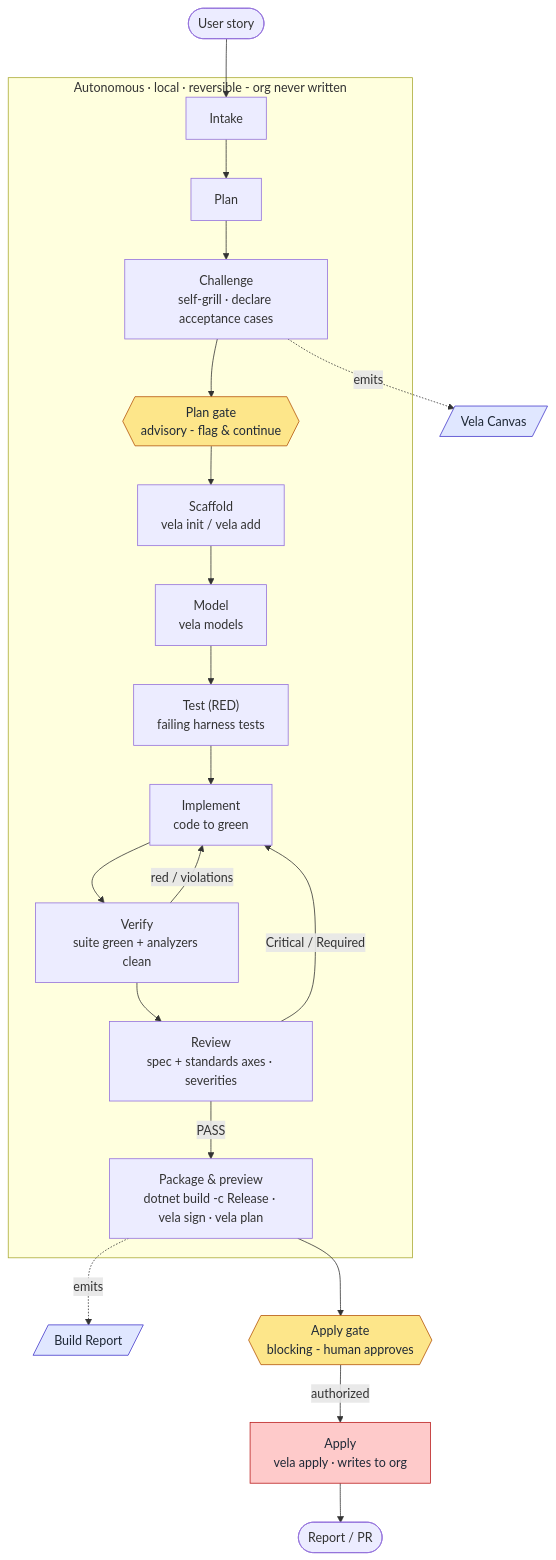
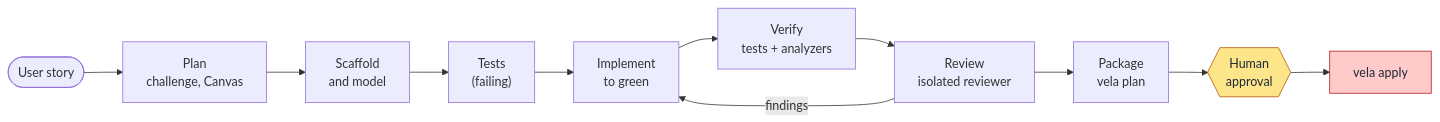
One commit to allandecastro/vela-agentic changed the diagram in README.md. Above: the diagram before and after it, drawn with Mermaid. The commit also changed other lines of this file and 1 other file, not shown here.

````diff
--- a/README.md
+++ b/README.md
@@ -58,42 +100,18 @@
 ```mermaid
-flowchart TD
-    US([User story]) --> I[Intake]
-    I --> P[Plan]
-    P --> C["Challenge<br/>self-grill · declare acceptance cases"]
-    C -. emits .-> PA[/"Vela Canvas"/]
-    C --> G1{{"Plan gate<br/>advisory - flag &amp; continue"}}
-    G1 --> S["Scaffold<br/>vela init / vela add"]
-    S --> M["Model<br/>vela models"]
-    M --> T["Test (RED)<br/>failing harness tests"]
-    T --> IM["Implement<br/>code to green"]
-    IM --> V["Verify<br/>suite green + analyzers clean"]
-    V -->|red / violations| IM
-    V --> RV["Review<br/>spec + standards axes · severities"]
-    RV -->|Critical / Required| IM
-    PV -. emits .-> BR[/"Build Report"/]
-    RV -->|PASS| PV["Package &amp; preview<br/>dotnet build -c Release · vela sign · vela plan"]
-    PV --> G2{{"Apply gate<br/>blocking - human approves"}}
-    G2 -->|authorized| AP["Apply<br/>vela apply · writes to org"]
-    AP --> R([Report / PR])
-
-    subgraph LOCAL ["Autonomous · local · reversible - org never written"]
-        I
-        P
-        C
-        G1
-        S
-        M
-        T
-        IM
-        V
-        RV
-        PV
-    end
+flowchart LR
+    US([User story]) --> PL["Plan<br/>challenge, Canvas"]
+    PL --> SC["Scaffold<br/>and model"]
+    SC --> RED["Tests<br/>(failing)"]
+    RED --> IM["Implement<br/>to green"]
+    IM --> VR["Verify<br/>tests + analyzers"]
+    VR --> RV["Review<br/>isolated reviewer"]
+    RV -->|findings| IM
+    RV --> PV["Package<br/>vela plan"]
+    PV --> GATE{{"Human<br/>approval"}}
+    GATE --> AP["vela apply"]
 
     classDef gate fill:#fde68a,stroke:#b45309,color:#1f2937;
     classDef org fill:#fecaca,stroke:#b91c1c,color:#1f2937;
-    classDef art fill:#e0e7ff,stroke:#4338ca,color:#1f2937;
-    class G1,G2 gate
+    class GATE gate
     class AP org
-    class PA,BR art
 ```
````
